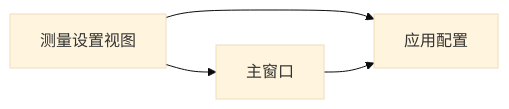
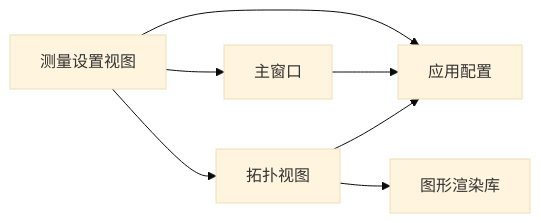
One commit to jakecai1225-design/OpenBus changed the fifth of 5 diagrams in .qoder/repowiki/zh/content/架构设计/UI系统设计/测量设置视图组件.md. Above: the diagram before and after it, drawn with Mermaid (base theme). The commit also changed other lines of this file and 26 other files, not shown here.

````diff
--- a/.qoder/repowiki/zh/content/架构设计/UI系统设计/测量设置视图组件.md
+++ b/.qoder/repowiki/zh/content/架构设计/UI系统设计/测量设置视图组件.md
@@ -182,6 +266,9 @@
 ```mermaid
 graph LR
 MSV["测量设置视图"] --> MW["主窗口"]
 MSV --> AC["应用配置"]
+MSV --> TV["拓扑视图"]
 MW --> AC
+TV --> AC
+TV --> GL["图形渲染库"]
 ```
````
